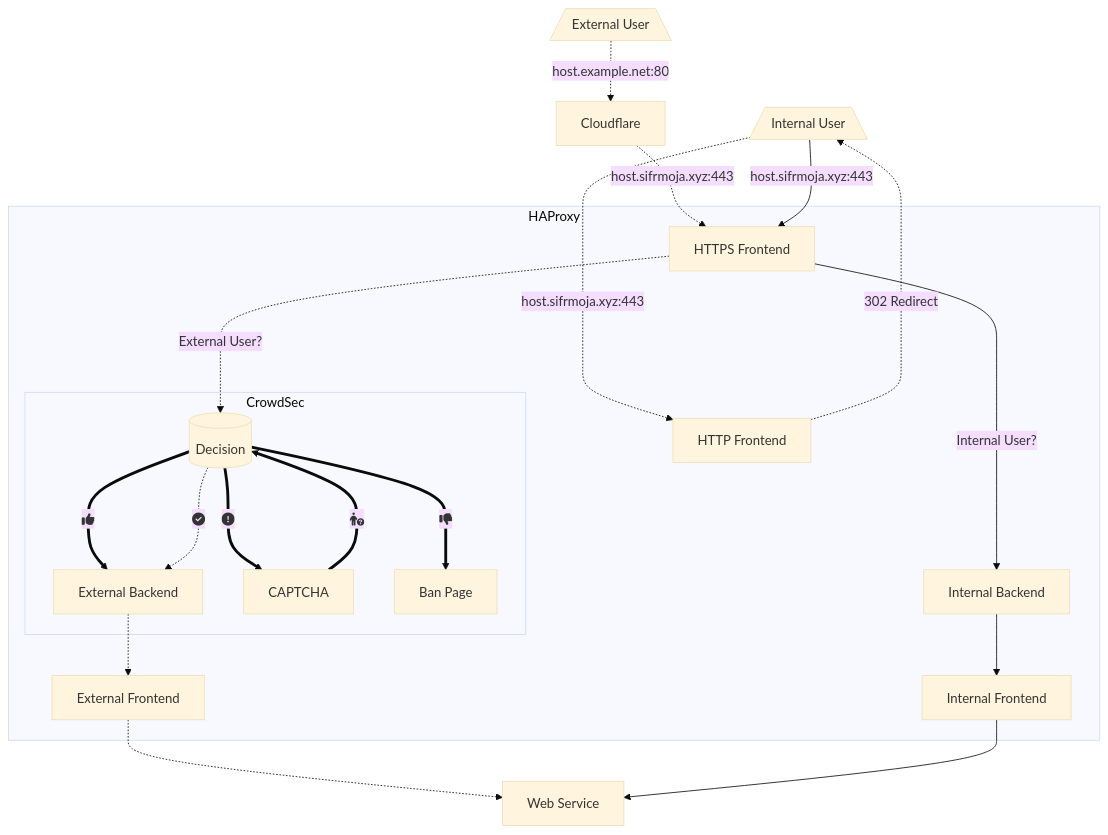
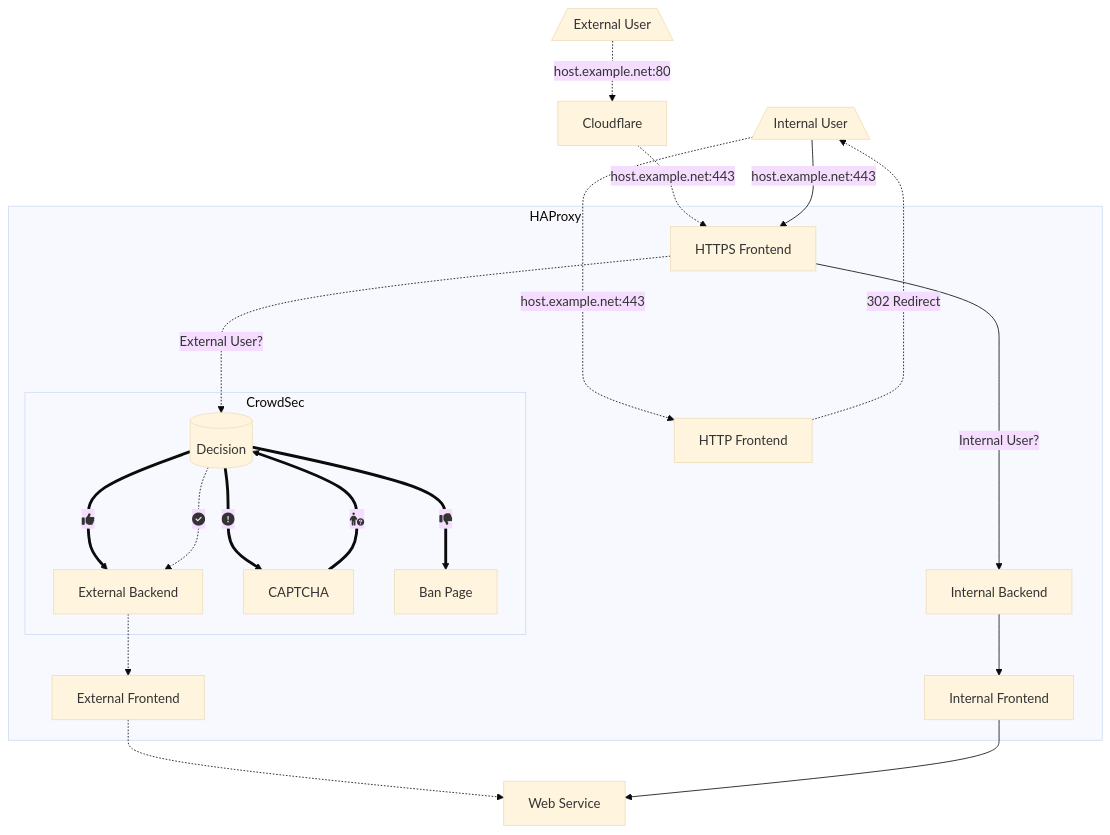
The diagram in _posts/2022-07-19-my-haproxy-config.md (ciphermenial/ciphermenial.github.io), drawn with Mermaid (base theme) before and after one commit. The commit also changed other lines of this file, not shown here.

````diff
--- a/_posts/2022-07-19-my-haproxy-config.md
+++ b/_posts/2022-07-19-my-haproxy-config.md
@@ -28,42 +28,42 @@
 ```mermaid
 graph TD
   ExtUsr[/External User\]
   IntUsr[/Internal User\]
   Cloudflare
   HTTP[HTTP Frontend]
   HTTPS[HTTPS Frontend]
   IntBackend[Internal Backend]
   IntFrontend[Internal Frontend]
   ExtBackend[External Backend]
   ExtFrontend[External Frontend]
   CS_Decision[(Decision)]
   CS_CAPTCHA[CAPTCHA]
   CS_Ban[Ban Page]
   Server[Web Service]
 
   ExtUsr -."host.example.net:80".-> Cloudflare
-  Cloudflare -."host.sifrmoja.xyz:443".-> HTTPS
-  IntUsr --"host.sifrmoja.xyz:443"--> HTTPS
-  IntUsr -."host.sifrmoja.xyz:443".-> HTTP
+  Cloudflare -."host.example.net:443".-> HTTPS
+  IntUsr --"host.example.net:443"--> HTTPS
+  IntUsr -."host.example.net:443".-> HTTP
   HTTP -."302 Redirect"...-> IntUsr
 
   subgraph HAProxy
     HTTP
     HTTPS --"Internal User?"--> IntBackend
     ExtBackend -.-> ExtFrontend
     IntBackend --> IntFrontend
     HTTPS -."External User?"..-> CS_Decision
 
     subgraph CrowdSec
       CS_Decision ==fa:fa-circle-exclamation===> CS_CAPTCHA
       CS_Decision ==fa:fa-thumbs-down===> CS_Ban
       CS_CAPTCHA ==fa:fa-person-circle-question===> CS_Decision
       CS_Decision ==fa:fa-thumbs-up===> ExtBackend
 
     end
   end
 
  CS_Decision -.fa:fa-circle-check.-> ExtBackend
  ExtFrontend -.-> Server
  IntFrontend --> Server
 ```
````
